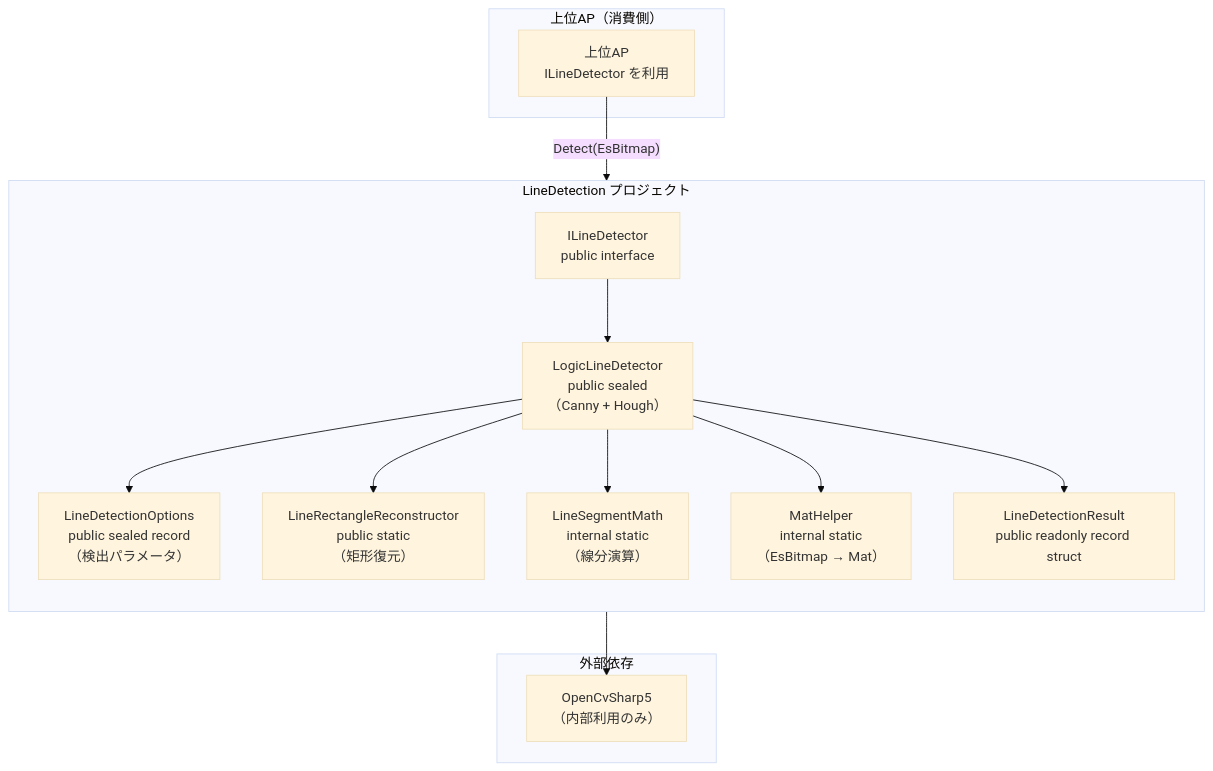
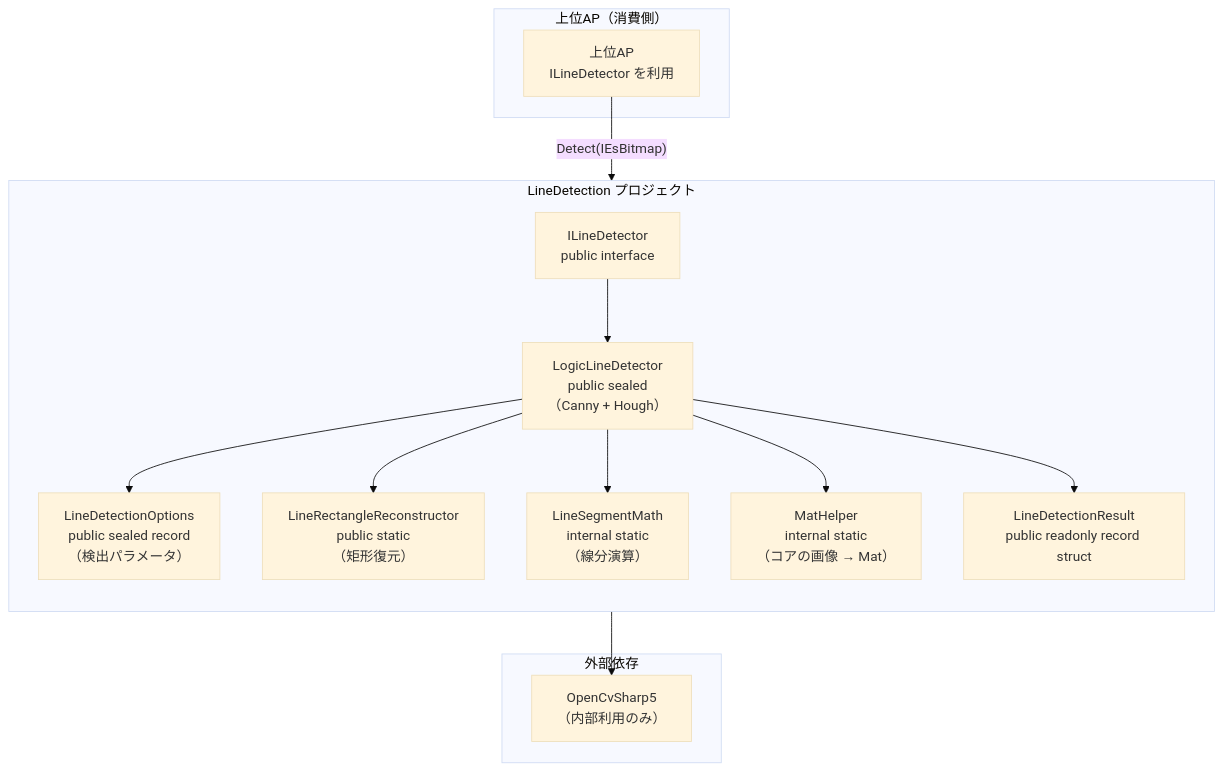
One commit to tomokuni/SaveEvidence changed the diagram in src/Parts.LineDetection/docs/SPEC_System.md. Above: the diagram before and after it, drawn with Mermaid (base theme). The commit also changed other lines of this file and 33 other files, not shown here.

````diff
--- a/src/Parts.LineDetection/docs/SPEC_System.md
+++ b/src/Parts.LineDetection/docs/SPEC_System.md
@@ -39,28 +39,28 @@
 ```mermaid
 flowchart TB
     subgraph Host["上位AP（消費側）"]
         Caller["上位AP<br/>ILineDetector を利用"]
     end
     subgraph LD["LineDetection プロジェクト"]
         direction TB
         I["ILineDetector<br/>public interface"]
         Det["LogicLineDetector<br/>public sealed<br/>（Canny + Hough）"]
         Opt["LineDetectionOptions<br/>public sealed record<br/>（検出パラメータ）"]
         Rcn["LineRectangleReconstructor<br/>public static<br/>（矩形復元）"]
         Sgm["LineSegmentMath<br/>internal static<br/>（線分演算）"]
-        Mh["MatHelper<br/>internal static<br/>（EsBitmap → Mat）"]
+        Mh["MatHelper<br/>internal static<br/>（コアの画像 → Mat）"]
         Res["LineDetectionResult<br/>public readonly record struct"]
     end
     subgraph Dep["外部依存"]
         Cv["OpenCvSharp5<br/>（内部利用のみ）"]
     end
 
-    Caller -->|"Detect(EsBitmap)"| I
+    Caller -->|"Detect(IEsBitmap)"| I
     I --> Det
     Det --> Opt
     Det --> Rcn
     Det --> Sgm
     Det --> Mh
     Det --> Res
     Mh --> Cv
 ```
````
